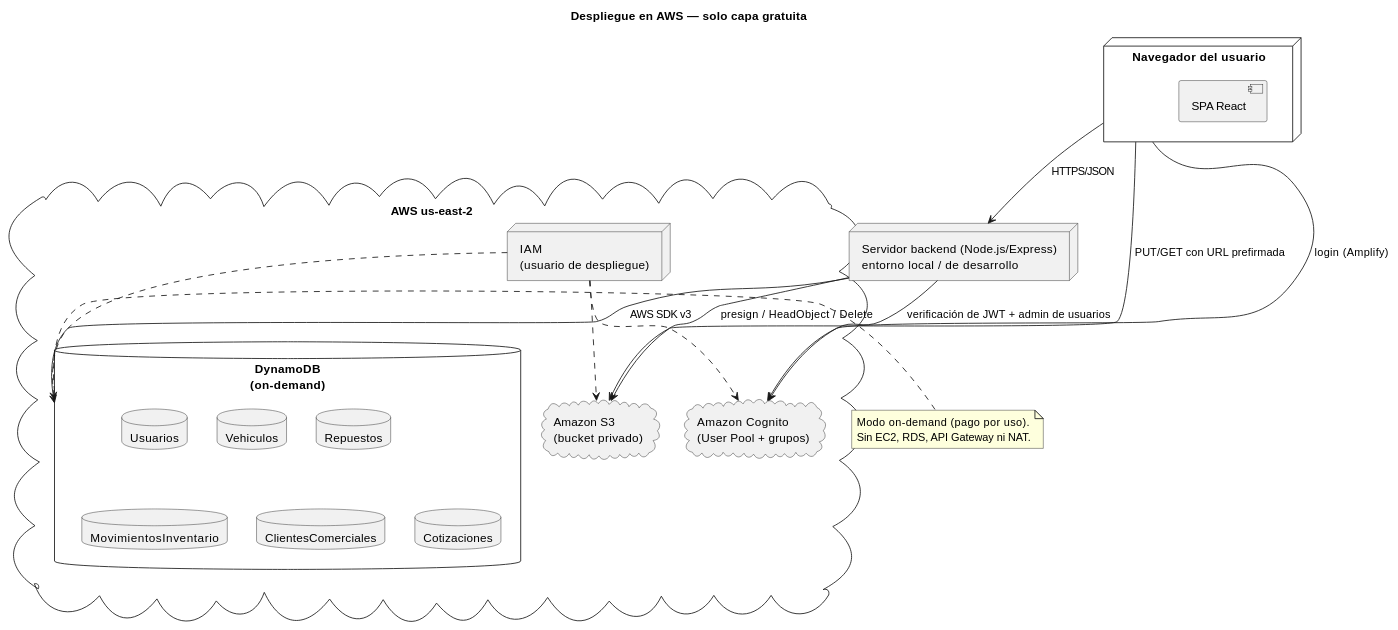
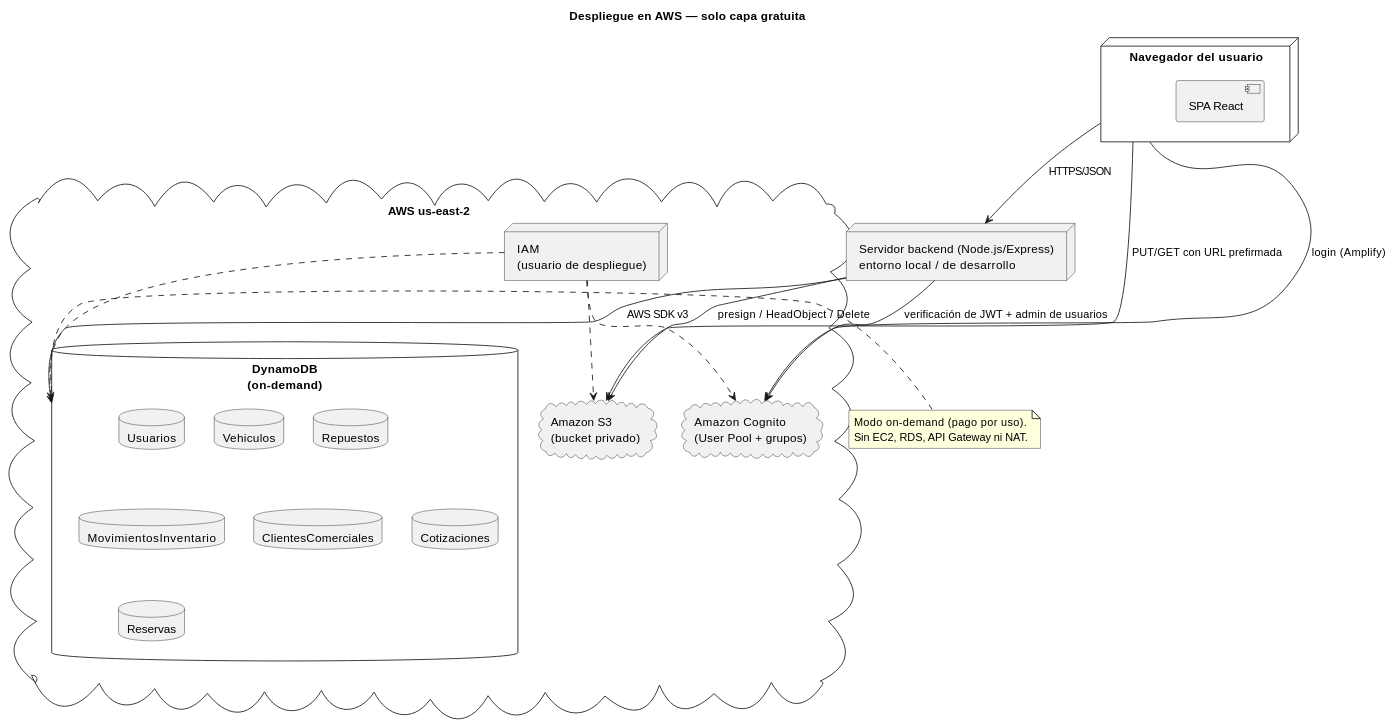
Before and after one commit to dgschahvqvc17/Concesionaria-BMW: the second of 13 diagrams in documentacion/diagramas.md, drawn with PlantUML. The commit also changed other lines of this file and 31 other files, not shown here.

````diff
--- a/documentacion/diagramas.md
+++ b/documentacion/diagramas.md
@@ -76,41 +77,42 @@
 ```plantuml
 @startuml
 title Despliegue en AWS — solo capa gratuita
 skinparam shadowing false
 
 node "Navegador del usuario" as browser {
   component "SPA React" as spa
 }
 
 node "Servidor backend (Node.js/Express)\nentorno local / de desarrollo" as api
 
 cloud "AWS us-east-2" {
   database "DynamoDB\n(on-demand)" as ddb {
     database "Usuarios" as t1
     database "Vehiculos" as t2
     database "Repuestos" as t3
     database "MovimientosInventario" as t4
     database "ClientesComerciales" as t5
     database "Cotizaciones" as t6
+    database "Reservas" as t7
   }
   cloud "Amazon S3\n(bucket privado)" as s3
   cloud "Amazon Cognito\n(User Pool + grupos)" as cognito
   node "IAM\n(usuario de despliegue)" as iam
 }
 
 browser --> api : HTTPS/JSON
 browser --> cognito : login (Amplify)
 browser --> s3 : PUT/GET con URL prefirmada
 api --> ddb : AWS SDK v3
 api --> s3 : presign / HeadObject / Delete
 api --> cognito : verificación de JWT + admin de usuarios
 iam ..> ddb
 iam ..> s3
 iam ..> cognito
 
 note right of ddb
   Modo on-demand (pago por uso).
   Sin EC2, RDS, API Gateway ni NAT.
 end note
 @enduml
 ```
````
